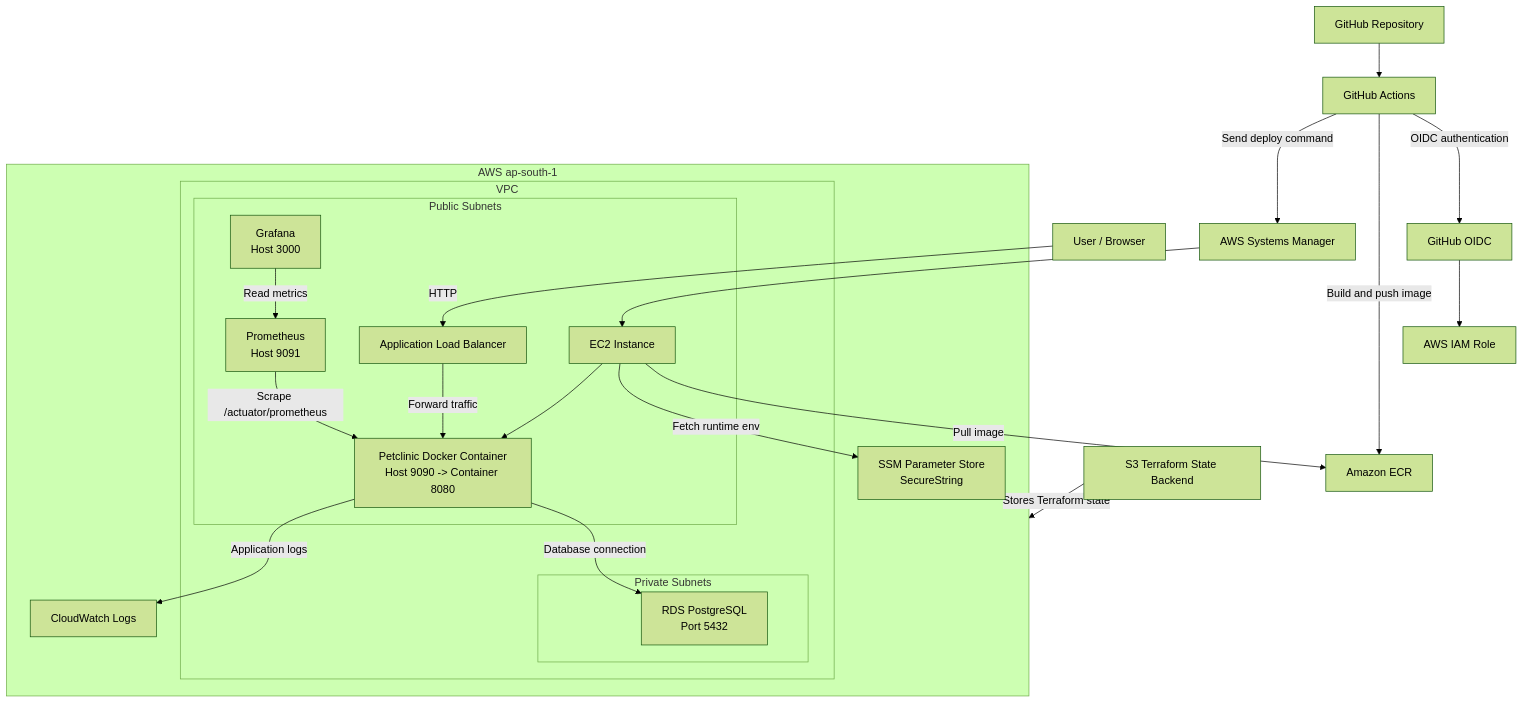
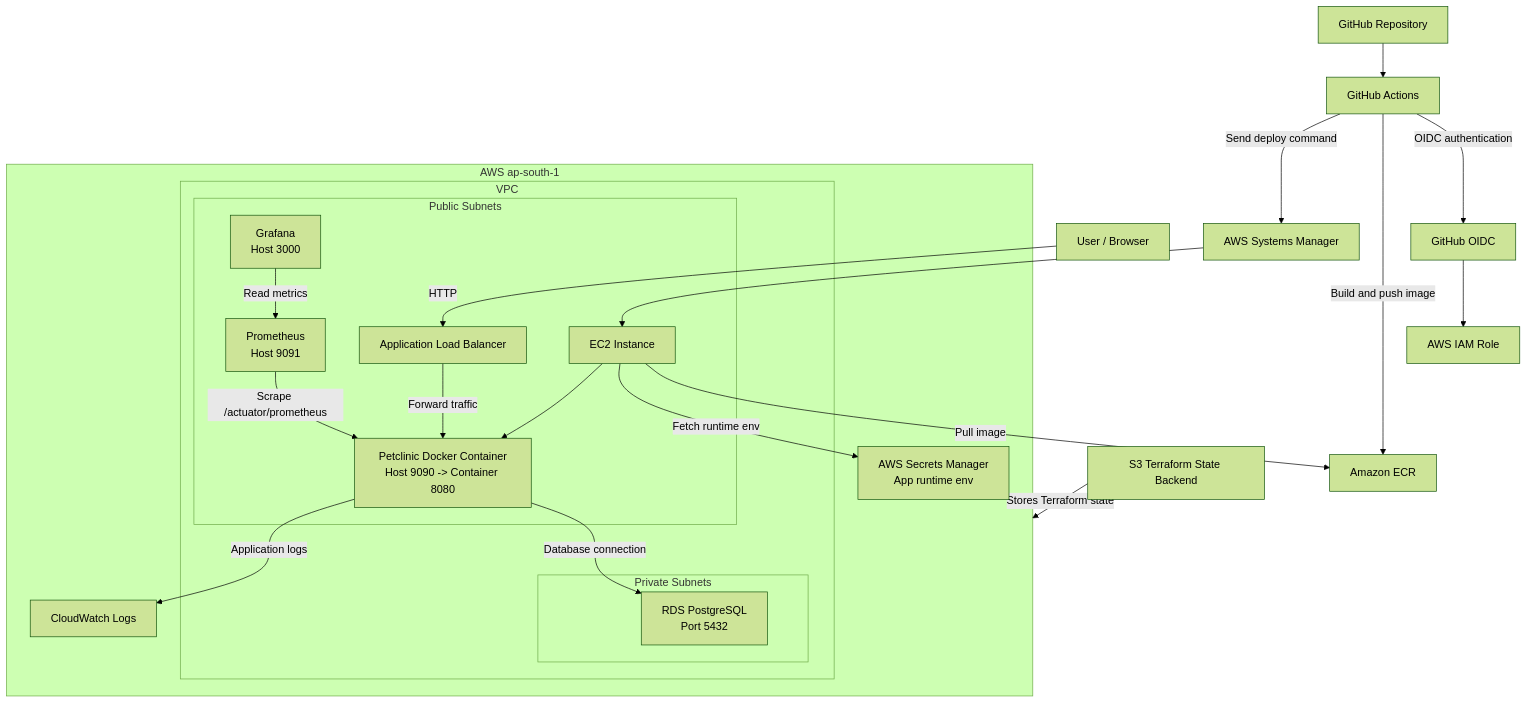
Before and after one commit to poojitha200121/8byte-devops-assignment: the first of 4 diagrams in docs/architecture.md, drawn with Mermaid (forest theme). The commit also changed other lines of this file and 6 other files, not shown here.

Commit message:
feat: use secrets manager for app config

````diff
--- a/docs/architecture.md
+++ b/docs/architecture.md
@@ -7,49 +7,49 @@
 ```mermaid
 flowchart TB
     user["User / Browser"]
     github["GitHub Repository"]
     actions["GitHub Actions"]
     oidc["GitHub OIDC"]
     iam["AWS IAM Role"]
     ecr["Amazon ECR"]
     ssm["AWS Systems Manager"]
     state["S3 Terraform State Backend"]
 
     subgraph aws["AWS ap-south-1"]
         subgraph vpc["VPC"]
             subgraph public["Public Subnets"]
                 alb["Application Load Balancer"]
                 ec2["EC2 Instance"]
                 app["Petclinic Docker Container<br/>Host 9090 -> Container 8080"]
                 prometheus["Prometheus<br/>Host 9091"]
                 grafana["Grafana<br/>Host 3000"]
             end
 
             subgraph private["Private Subnets"]
                 rds["RDS PostgreSQL<br/>Port 5432"]
             end
         end
 
         cloudwatch["CloudWatch Logs"]
-        parameter["SSM Parameter Store<br/>SecureString"]
+        secret["AWS Secrets Manager<br/>App runtime env"]
     end
 
     user -->|"HTTP"| alb
     alb -->|"Forward traffic"| app
     app -->|"Database connection"| rds
 
     github --> actions
     actions -->|"OIDC authentication"| oidc
     oidc --> iam
     actions -->|"Build and push image"| ecr
     actions -->|"Send deploy command"| ssm
     ssm --> ec2
     ec2 -->|"Pull image"| ecr
-    ec2 -->|"Fetch runtime env"| parameter
+    ec2 -->|"Fetch runtime env"| secret
     ec2 --> app
 
     prometheus -->|"Scrape /actuator/prometheus"| app
     grafana -->|"Read metrics"| prometheus
     app -->|"Application logs"| cloudwatch
     state -->|"Stores Terraform state"| aws
 ```
````
